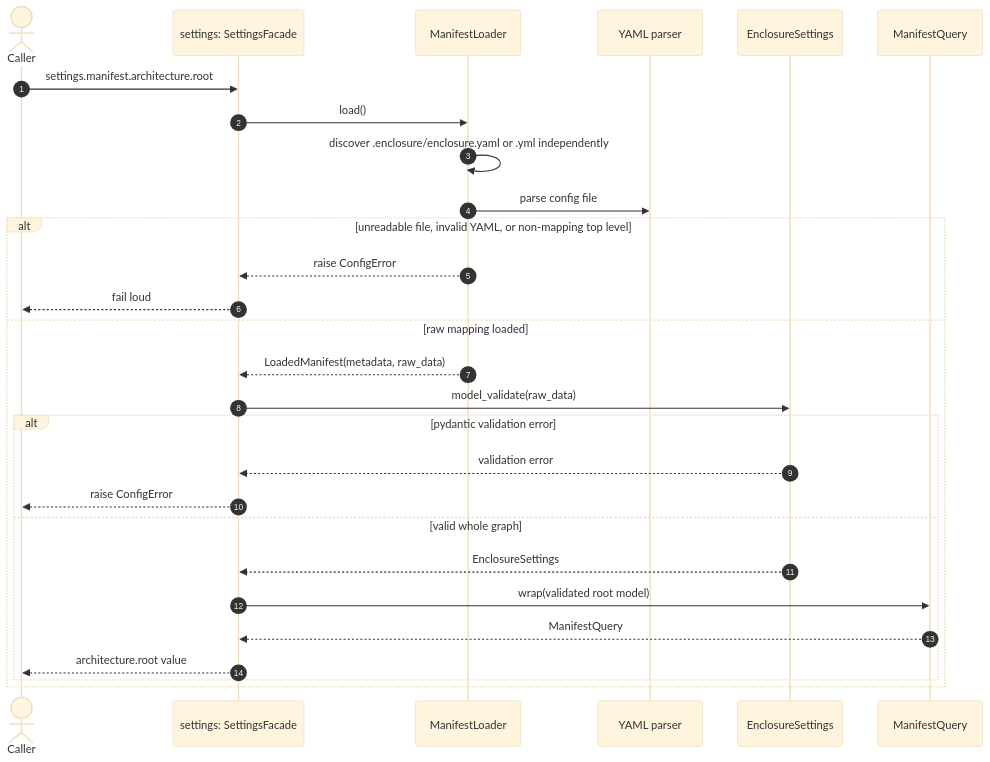
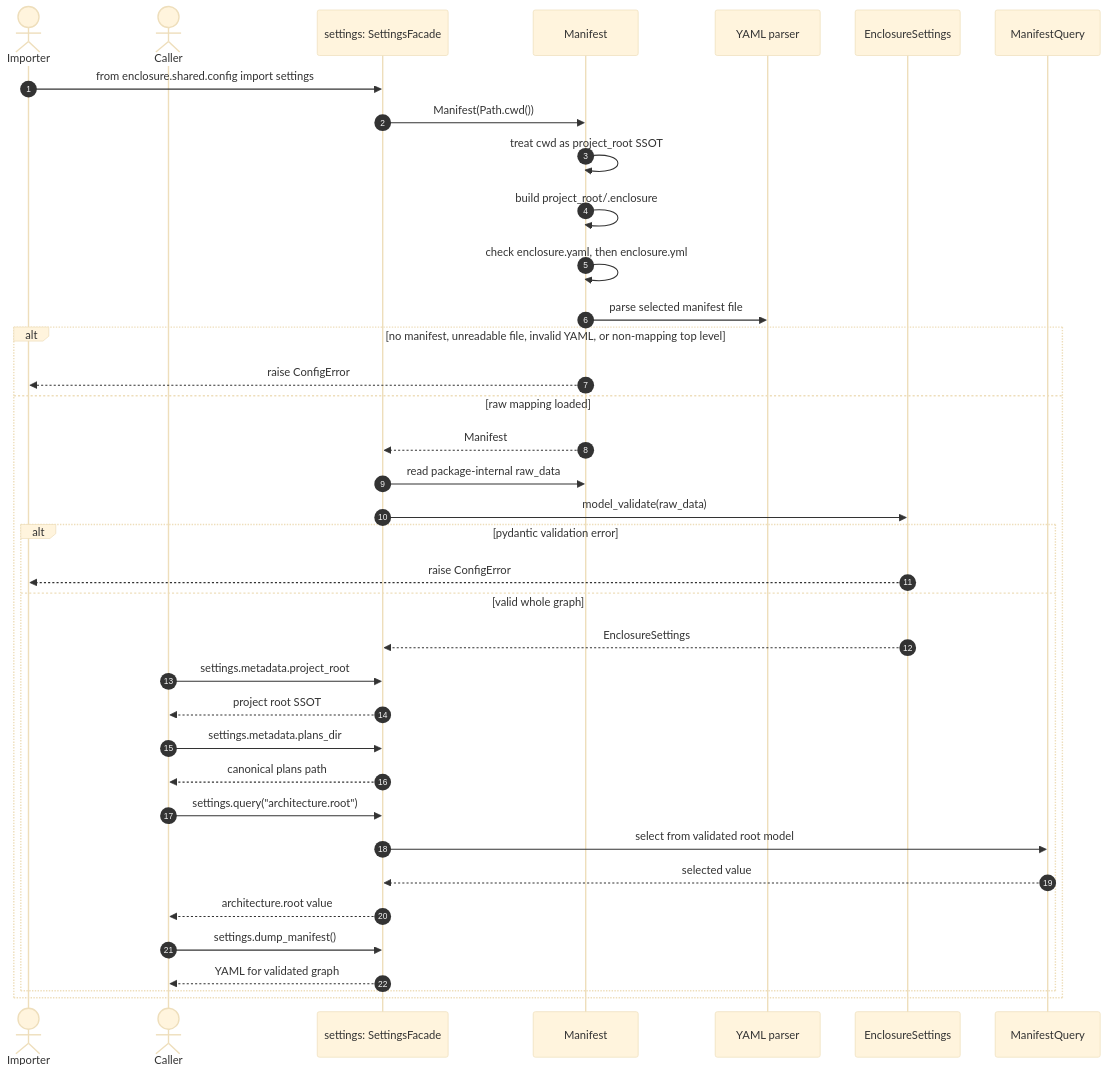
One commit to 9orky/enclosure changed the second of 2 diagrams in .enclosure/plans/shared-config/UML.md. Above: the diagram before and after it, drawn with Mermaid (base theme). The commit also changed other lines of this file and 36 other files, not shown here.

Commit message:
add first step of shared-config enclosure plan

````diff
--- a/.enclosure/plans/shared-config/UML.md
+++ b/.enclosure/plans/shared-config/UML.md
@@ -361,32 +384,41 @@
 ```mermaid
 sequenceDiagram
 autonumber
+actor Importer
 actor Caller
 participant Settings as settings: SettingsFacade
-participant Loader as ManifestLoader
+participant Manifest as Manifest
 participant YAML as YAML parser
 participant RootModel as EnclosureSettings
 participant Query as ManifestQuery
 
-Caller->>Settings: settings.manifest.architecture.root
-Settings->>Loader: load()
-Loader->>Loader: discover .enclosure/enclosure.yaml or .yml independently
-Loader->>YAML: parse config file
+Importer->>Settings: from enclosure.shared.config import settings
+Settings->>Manifest: Manifest(Path.cwd())
+Manifest->>Manifest: treat cwd as project_root SSOT
+Manifest->>Manifest: build project_root/.enclosure
+Manifest->>Manifest: check enclosure.yaml, then enclosure.yml
+Manifest->>YAML: parse selected manifest file
 
-alt unreadable file, invalid YAML, or non-mapping top level
-  Loader-->>Settings: raise ConfigError
-  Settings-->>Caller: fail loud
+alt no manifest, unreadable file, invalid YAML, or non-mapping top level
+  Manifest-->>Importer: raise ConfigError
 else raw mapping loaded
-  Loader-->>Settings: LoadedManifest(metadata, raw_data)
+  Manifest-->>Settings: Manifest
+  Settings->>Manifest: read package-internal raw_data
   Settings->>RootModel: model_validate(raw_data)
   alt pydantic validation error
-    RootModel-->>Settings: validation error
-    Settings-->>Caller: raise ConfigError
+    RootModel-->>Importer: raise ConfigError
   else valid whole graph
     RootModel-->>Settings: EnclosureSettings
-    Settings->>Query: wrap(validated root model)
-    Query-->>Settings: ManifestQuery
+    Caller->>Settings: settings.metadata.project_root
+    Settings-->>Caller: project root SSOT
+    Caller->>Settings: settings.metadata.plans_dir
+    Settings-->>Caller: canonical plans path
+    Caller->>Settings: settings.query("architecture.root")
+    Settings->>Query: select from validated root model
+    Query-->>Settings: selected value
     Settings-->>Caller: architecture.root value
+    Caller->>Settings: settings.dump_manifest()
+    Settings-->>Caller: YAML for validated graph
   end
 end
 ```
````
